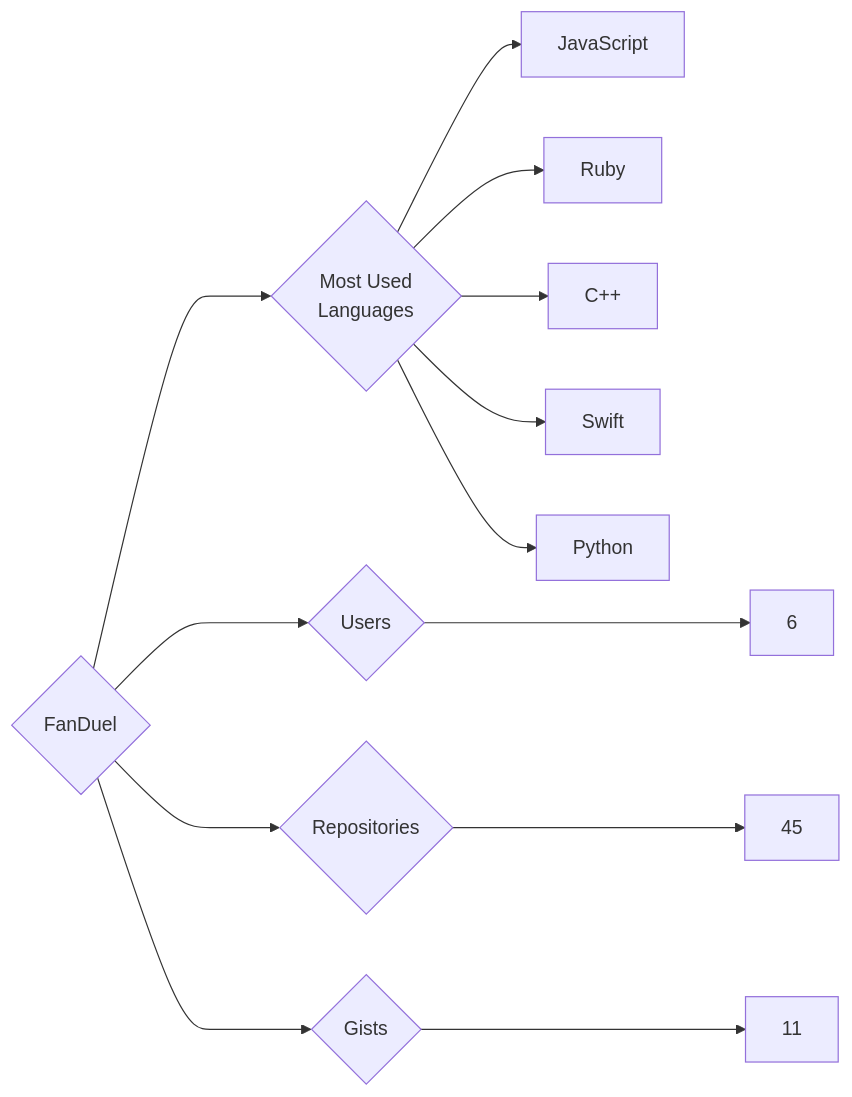
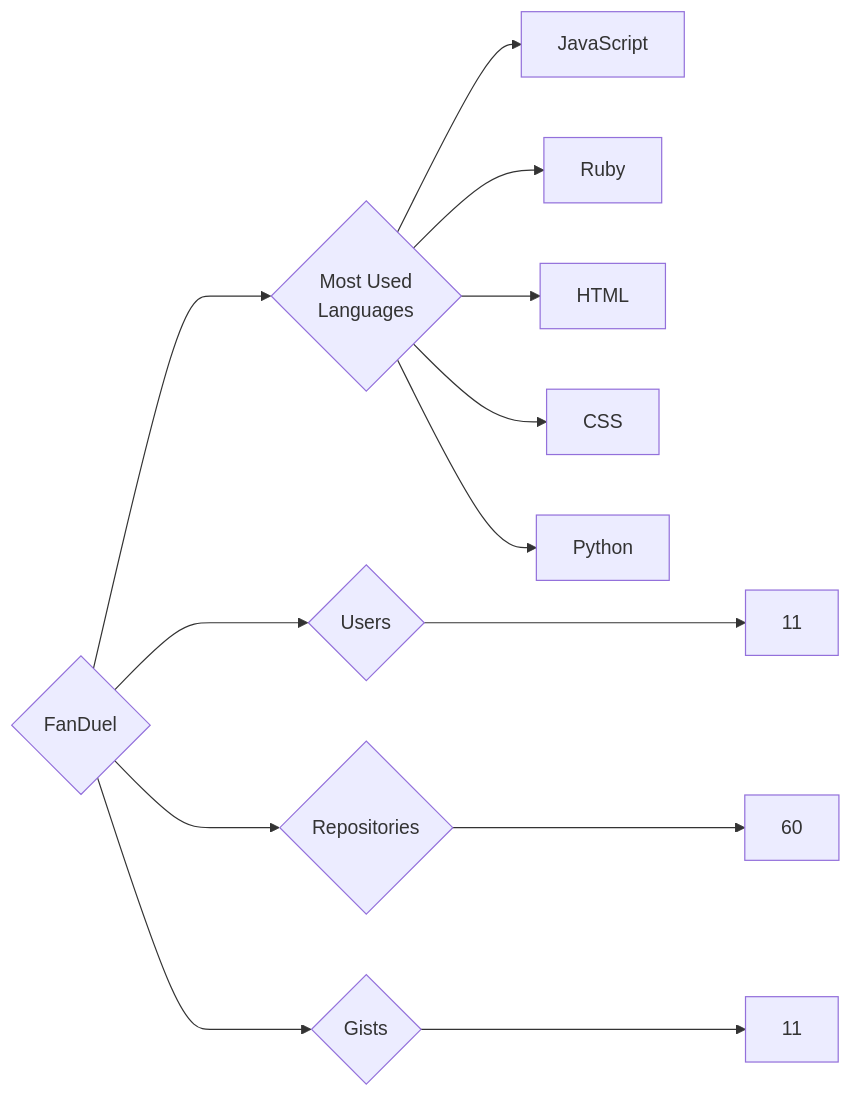
Before and after one commit to trickest/insiders: the diagram in targets/FanDuel/README.md, drawn with Mermaid. The commit also changed 783 other files, not shown here.

````diff
--- a/targets/FanDuel/README.md
+++ b/targets/FanDuel/README.md
@@ -3,13 +3,13 @@
 ```mermaid
 graph LR
 COMPANY_NAME{FanDuel}
-COMPANY_NAME ---> U{Users} ---> UN[6]
-COMPANY_NAME ---> R{Repositories} ---> RN[45]
+COMPANY_NAME ---> U{Users} ---> UN[11]
+COMPANY_NAME ---> R{Repositories} ---> RN[60]
 COMPANY_NAME ---> G{Gists} ---> GN[11]
 COMPANY_NAME ---> ML{Most Used<br>Languages}
 ML --> JavaScript[JavaScript]
 ML --> Ruby[Ruby]
-ML --> C++[C++]
-ML --> Swift[Swift]
+ML --> HTML[HTML]
+ML --> CSS[CSS]
 ML --> Python[Python]
 ```
````
